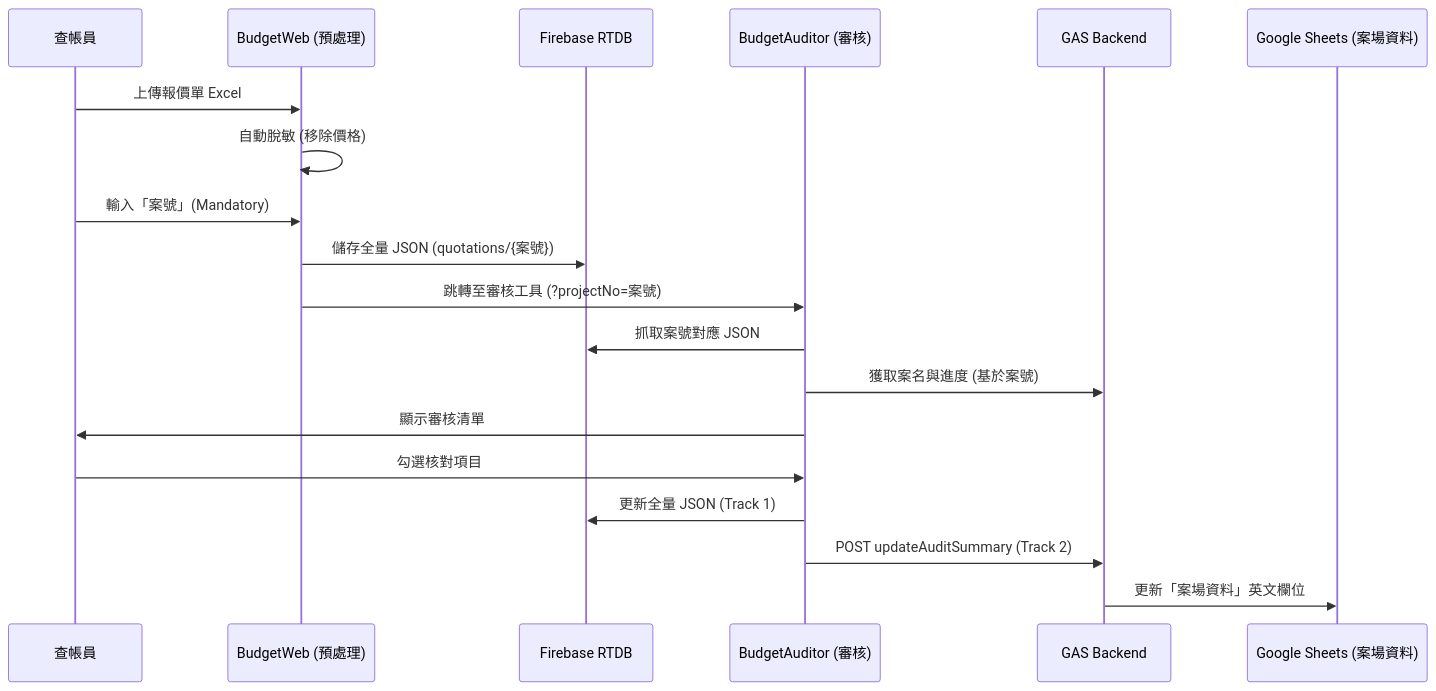
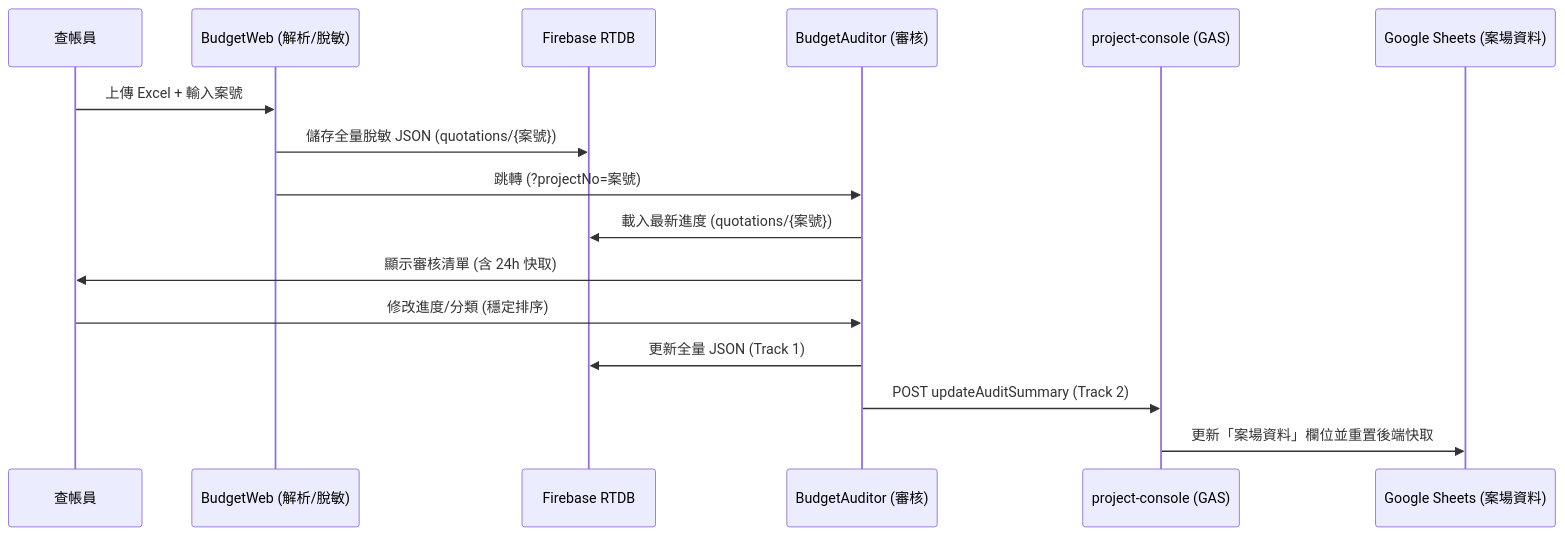
One commit to nephi4377/liff-checkin changed the diagram in SPEC/12_BUDGET_AUDITOR_AND_CONSOLE_INTEGRATION_SPEC.md. Above: the diagram before and after it, drawn with Mermaid. The commit also changed other lines of this file and 3 other files, not shown here.

````diff
--- a/SPEC/12_BUDGET_AUDITOR_AND_CONSOLE_INTEGRATION_SPEC.md
+++ b/SPEC/12_BUDGET_AUDITOR_AND_CONSOLE_INTEGRATION_SPEC.md
@@ -51,22 +88,19 @@
 ```mermaid
 sequenceDiagram
     participant U as 查帳員
-    participant BW as BudgetWeb (預處理)
+    participant BW as BudgetWeb (解析/脫敏)
     participant FB as Firebase RTDB
     participant BA as BudgetAuditor (審核)
-    participant GAS as GAS Backend
+    participant GAS as project-console (GAS)
     participant SS as Google Sheets (案場資料)
 
-    U->>BW: 上傳報價單 Excel
-    BW->>BW: 自動脫敏 (移除價格)
-    U->>BW: 輸入「案號」(Mandatory)
-    BW->>FB: 儲存全量 JSON (quotations/{案號})
-    BW->>BA: 跳轉至審核工具 (?projectNo=案號)
-    BA->>FB: 抓取案號對應 JSON
-    BA->>GAS: 獲取案名與進度 (基於案號)
-    BA->>U: 顯示審核清單
-    U->>BA: 勾選核對項目
+    U->>BW: 上傳 Excel + 輸入案號
+    BW->>FB: 儲存全量脫敏 JSON (quotations/{案號})
+    BW->>BA: 跳轉 (?projectNo=案號)
+    BA->>FB: 載入最新進度 (quotations/{案號})
+    BA->>U: 顯示審核清單 (含 24h 快取)
+    U->>BA: 修改進度/分類 (穩定排序)
     BA->>FB: 更新全量 JSON (Track 1)
     BA->>GAS: POST updateAuditSummary (Track 2)
-    GAS->>SS: 更新「案場資料」英文欄位
+    GAS->>SS: 更新「案場資料」欄位並重置後端快取
 ```
````
